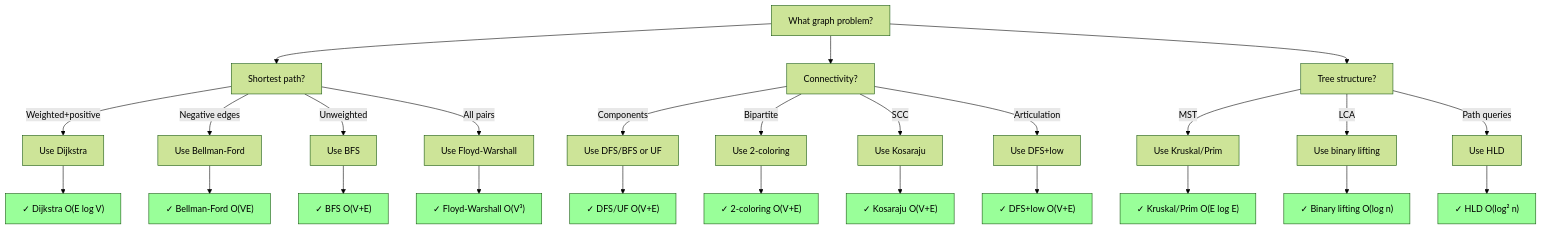
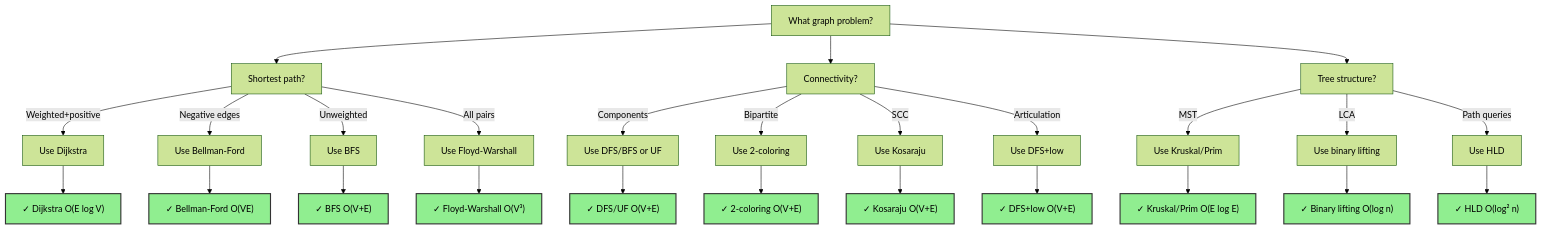
One commit to souradeepta/interviewprep changed the sixth of 7 diagrams in docs/guides/algorithm_selection_guide.md. Above: the diagram before and after it, drawn with Mermaid (forest theme). The commit also changed other lines of this file and 31 other files, not shown here.

Commit message:
updated graphs

````diff
--- a/docs/guides/algorithm_selection_guide.md
+++ b/docs/guides/algorithm_selection_guide.md
@@ -373,44 +373,44 @@
 ```mermaid
 graph TD
     A["What graph problem?"] --> B["Shortest path?"]
     A --> C["Connectivity?"]
     A --> D["Tree structure?"]
     
     B -->|Weighted+positive| E["Use Dijkstra"]
     B -->|Negative edges| F["Use Bellman-Ford"]
     B -->|Unweighted| G["Use BFS"]
     B -->|All pairs| H["Use Floyd-Warshall"]
     
     C -->|Components| I["Use DFS/BFS or UF"]
     C -->|Bipartite| J["Use 2-coloring"]
     C -->|SCC| K["Use Kosaraju"]
     C -->|Articulation| L["Use DFS+low"]
     
     D -->|MST| M["Use Kruskal/Prim"]
     D -->|LCA| N["Use binary lifting"]
     D -->|Path queries| O["Use HLD"]
     
     E --> P["✓ Dijkstra O(E log V)"]
     F --> Q["✓ Bellman-Ford O(VE)"]
     G --> R["✓ BFS O(V+E)"]
     H --> S["✓ Floyd-Warshall O(V³)"]
     I --> T["✓ DFS/UF O(V+E)"]
     J --> U["✓ 2-coloring O(V+E)"]
     K --> V["✓ Kosaraju O(V+E)"]
     L --> W["✓ DFS+low O(V+E)"]
     M --> X["✓ Kruskal/Prim O(E log E)"]
     N --> Y["✓ Binary lifting O(log n)"]
     O --> Z["✓ HLD O(log² n)"]
     
-    style P fill:#99ff99
-    style Q fill:#99ff99
-    style R fill:#99ff99
-    style S fill:#99ff99
-    style T fill:#99ff99
-    style U fill:#99ff99
-    style V fill:#99ff99
-    style W fill:#99ff99
-    style X fill:#99ff99
-    style Y fill:#99ff99
-    style Z fill:#99ff99
+    style P fill:#90ee90,color:#000,stroke:#333,stroke-width:2px
+    style Q fill:#90ee90,color:#000,stroke:#333,stroke-width:2px
+    style R fill:#90ee90,color:#000,stroke:#333,stroke-width:2px
+    style S fill:#90ee90,color:#000,stroke:#333,stroke-width:2px
+    style T fill:#90ee90,color:#000,stroke:#333,stroke-width:2px
+    style U fill:#90ee90,color:#000,stroke:#333,stroke-width:2px
+    style V fill:#90ee90,color:#000,stroke:#333,stroke-width:2px
+    style W fill:#90ee90,color:#000,stroke:#333,stroke-width:2px
+    style X fill:#90ee90,color:#000,stroke:#333,stroke-width:2px
+    style Y fill:#90ee90,color:#000,stroke:#333,stroke-width:2px
+    style Z fill:#90ee90,color:#000,stroke:#333,stroke-width:2px
 ```
````
